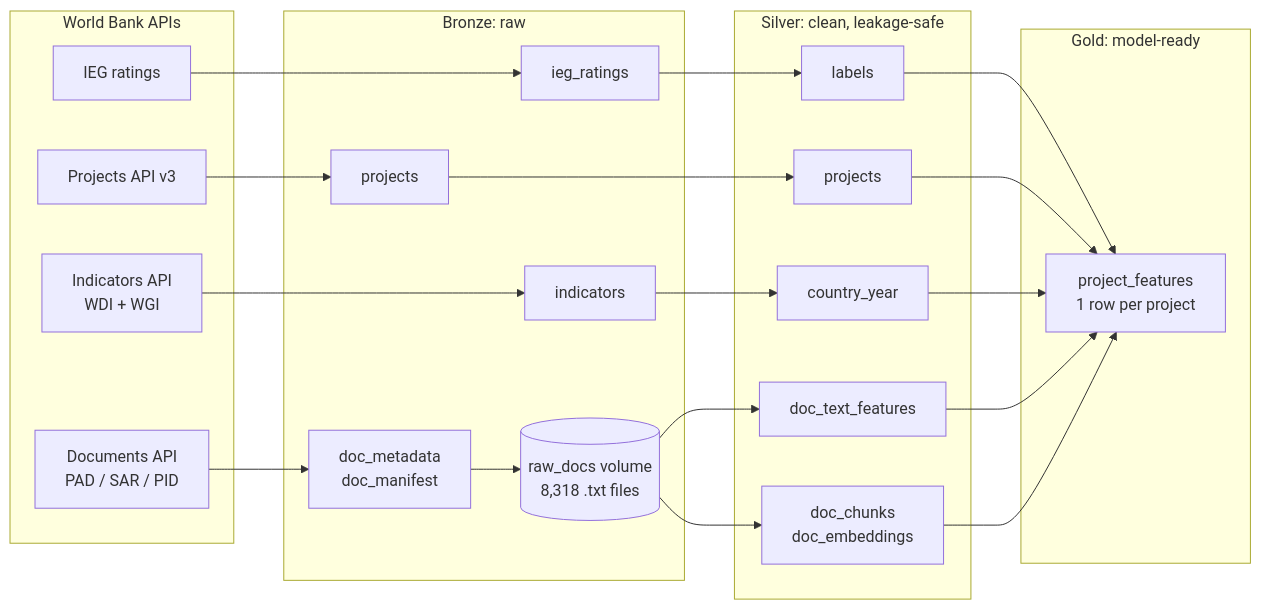
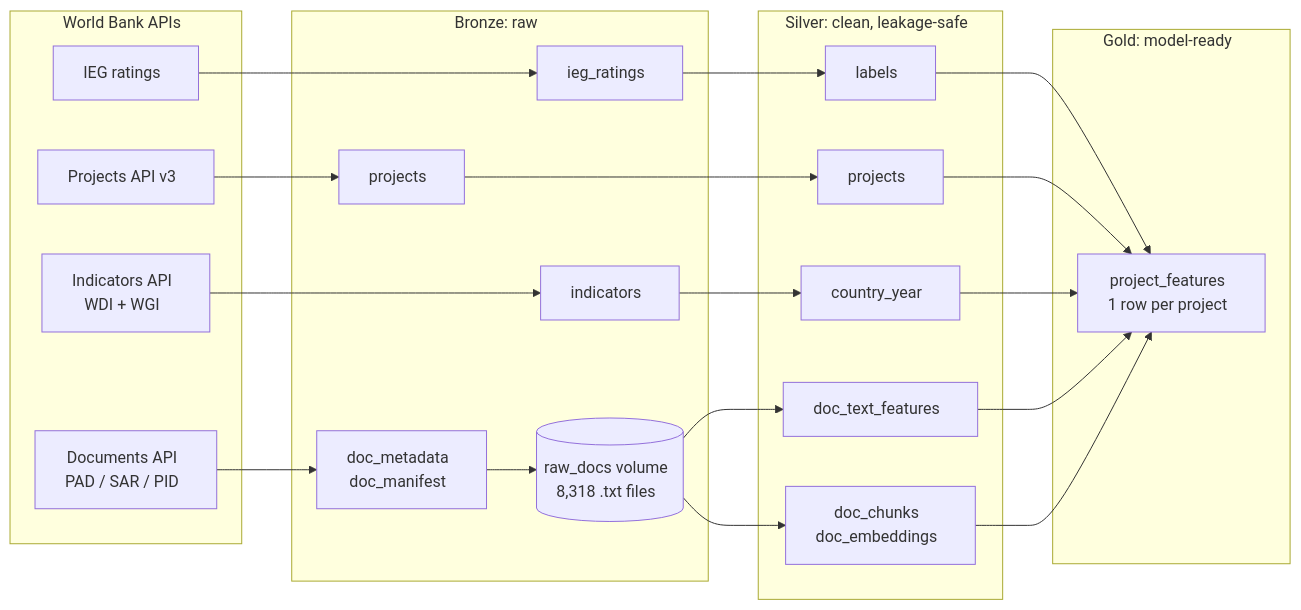
One commit to ShabadVaswani/worldbank-outcome-databricks changed the first of 3 diagrams in README.md. Above: the diagram before and after it, drawn with Mermaid. The commit also changed other lines of this file, not shown here.

Commit message:
README: pad Mermaid labels so GitHub doesn't clip them

````diff
--- a/README.md
+++ b/README.md
@@ -110,32 +110,32 @@
 ```mermaid
 flowchart LR
-  subgraph SRC["World Bank APIs"]
-    A1["IEG ratings"]
-    A2["Projects API v3"]
-    A3["Indicators API<br/>WDI + WGI"]
-    A4["Documents API<br/>PAD / SAR / PID"]
+  subgraph SRC["World Bank APIs#nbsp;#nbsp;"]
+    A1["IEG ratings#nbsp;#nbsp;"]
+    A2["Projects API v3#nbsp;#nbsp;"]
+    A3["Indicators API#nbsp;#nbsp;<br/>WDI + WGI#nbsp;#nbsp;"]
+    A4["Documents API#nbsp;#nbsp;<br/>PAD / SAR / PID#nbsp;#nbsp;"]
   end
-  subgraph BR["Bronze: raw"]
-    B1["ieg_ratings"]
-    B2["projects"]
-    B3["indicators"]
-    B4["doc_metadata<br/>doc_manifest"]
-    B5[("raw_docs volume<br/>8,318 .txt files")]
+  subgraph BR["Bronze: raw#nbsp;#nbsp;"]
+    B1["ieg_ratings#nbsp;#nbsp;"]
+    B2["projects#nbsp;#nbsp;"]
+    B3["indicators#nbsp;#nbsp;"]
+    B4["doc_metadata#nbsp;#nbsp;<br/>doc_manifest#nbsp;#nbsp;"]
+    B5[("raw_docs volume#nbsp;#nbsp;<br/>8,318 .txt files#nbsp;#nbsp;")]
   end
-  subgraph SI["Silver: clean, leakage-safe"]
-    S1["labels"]
-    S2["projects"]
-    S3["country_year"]
-    S4["doc_text_features"]
-    S5["doc_chunks<br/>doc_embeddings"]
+  subgraph SI["Silver: clean, leakage-safe#nbsp;#nbsp;"]
+    S1["labels#nbsp;#nbsp;"]
+    S2["projects#nbsp;#nbsp;"]
+    S3["country_year#nbsp;#nbsp;"]
+    S4["doc_text_features#nbsp;#nbsp;"]
+    S5["doc_chunks#nbsp;#nbsp;<br/>doc_embeddings#nbsp;#nbsp;"]
   end
-  subgraph GO["Gold: model-ready"]
-    G1["project_features<br/>1 row per project"]
+  subgraph GO["Gold: model-ready#nbsp;#nbsp;"]
+    G1["project_features#nbsp;#nbsp;<br/>1 row per project#nbsp;#nbsp;"]
   end
   A1 --> B1 --> S1 --> G1
   A2 --> B2 --> S2 --> G1
   A3 --> B3 --> S3 --> G1
   A4 --> B4 --> B5
   B5 --> S4 --> G1
   B5 --> S5 --> G1
 ```
````
